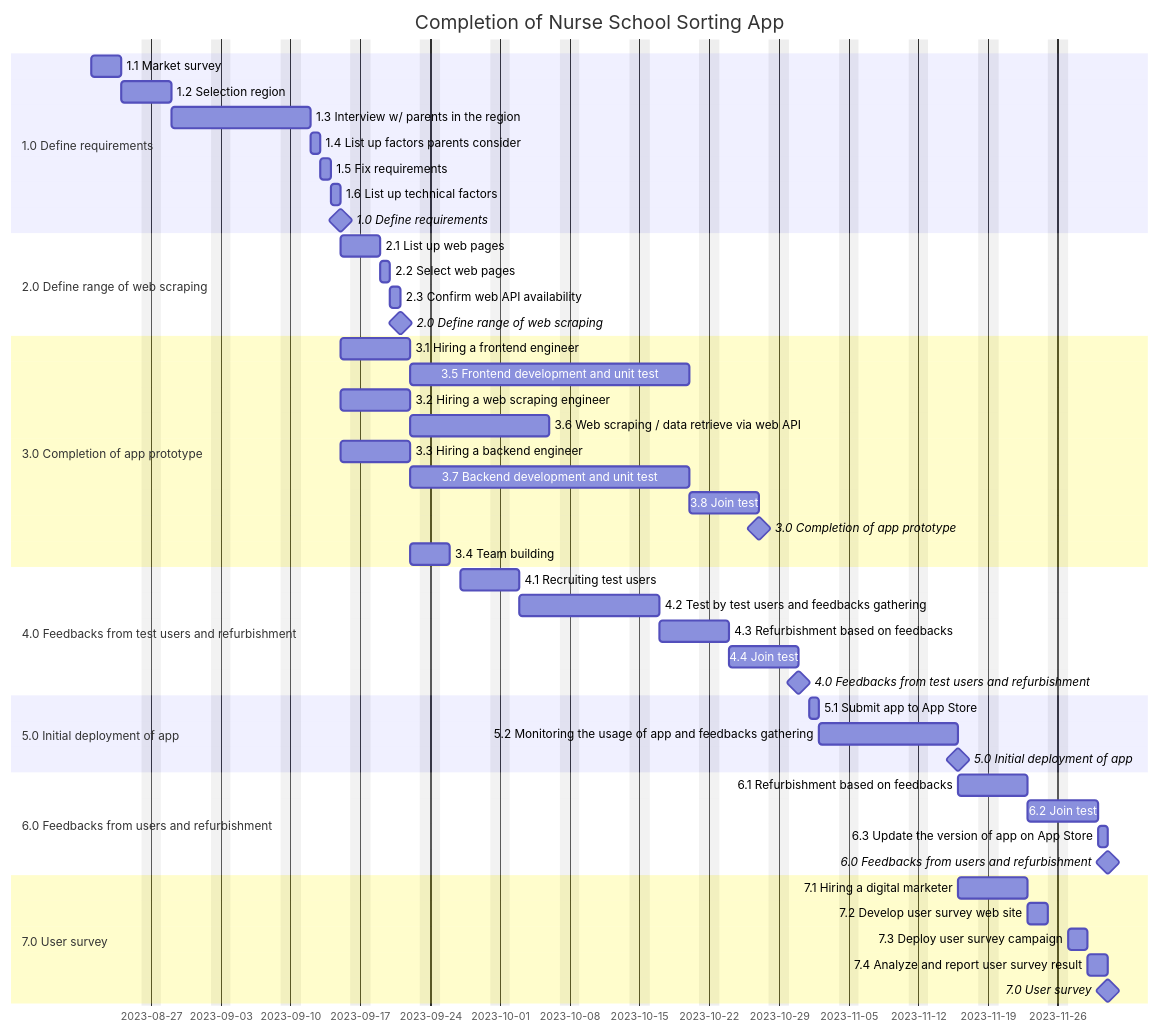
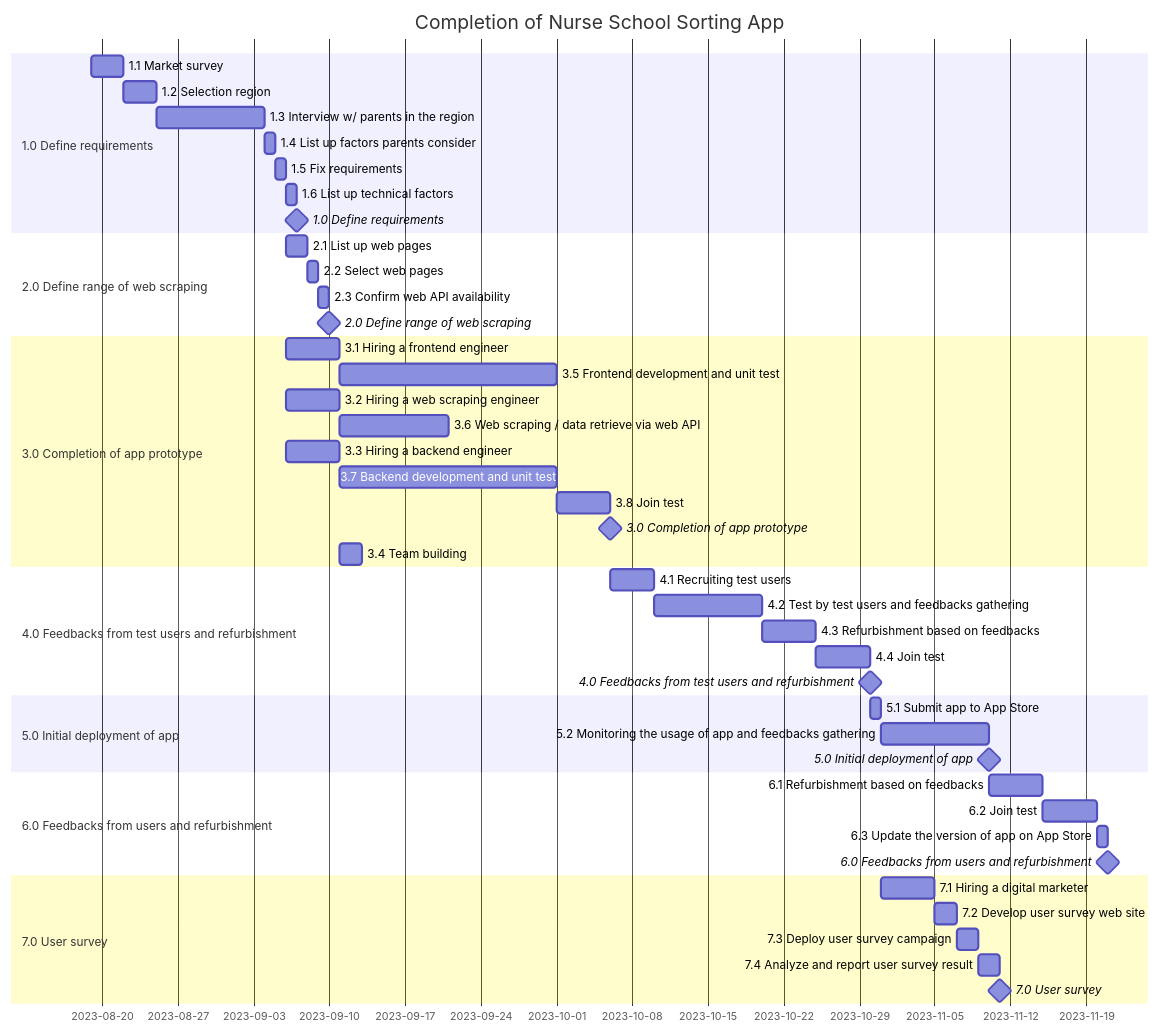
One commit to riow1983/Coursera-PMP changed the third of 4 diagrams in README.md. Above: the diagram before and after it, drawn with Mermaid.

````diff
--- a/README.md
+++ b/README.md
@@ -167,57 +167,56 @@
 ```mermaid
 gantt
   dateFormat  YYYY-MM-DD
   title       Completion of Nurse School Sorting App
-  excludes    weekends
 
   section 1.0 Define requirements
-  1.1 Market survey        :2023-08-21, 3d
+  1.1 Market survey        :2023-08-19, 3d
   1.2 Selection region :3d
   1.3 Interview w/ parents in the region  :10d
   1.4 List up factors parents consider: 1d
   1.5 Fix requirements: 1d
   1.6 List up technical factors: 0.5d
   1.0 Define requirements     :milestone, 0d
 
   section 2.0 Define range of web scraping
-  2.1 List up web pages      :2023-09-15, 2d
+  2.1 List up web pages      :2023-09-06, 2d
   2.2 Select web pages      :1d
   2.3 Confirm web API availability     :1d
   2.0 Define range of web scraping: milestone, 0d
 
   section 3.0 Completion of app prototype
-  3.1 Hiring a frontend engineer: 2023-09-15, 5d
+  3.1 Hiring a frontend engineer: 2023-09-06, 5d
   3.5 Frontend development and unit test: 20d
-  3.2 Hiring a web scraping engineer: 2023-09-15, 5d
+  3.2 Hiring a web scraping engineer: 2023-09-06, 5d
   3.6 Web scraping / data retrieve via web API: 10d
-  3.3 Hiring a backend engineer: a, 2023-09-15, 5d
+  3.3 Hiring a backend engineer: a, 2023-09-06, 5d
   3.7 Backend development and unit test: 20d
   3.8 Join test: 5d
   3.0 Completion of app prototype: milestone, 0d
   3.4 Team building: after a, 2d
   
   section 4.0 Feedbacks from test users and refurbishment
-  4.1 Recruiting test users: 2023-09-27, 4d
+  4.1 Recruiting test users: 2023-10-06, 4d
   4.2 Test by test users and feedbacks gathering: 10d
   4.3 Refurbishment based on feedbacks: 5d
   4.4 Join test: 5d
   4.0 Feedbacks from test users and refurbishment: milestone, 0d
   
   section 5.0 Initial deployment of app
-  5.1 Submit app to App Store: 2023-11-01, 0.5d
+  5.1 Submit app to App Store: 2023-10-30, 0.5d
   5.2 Monitoring the usage of app and feedbacks gathering: 10d
   5.0 Initial deployment of app: milestone, 0d
 
   section 6.0 Feedbacks from users and refurbishment
-  6.1 Refurbishment based on feedbacks: 2023-11-16, 5d
+  6.1 Refurbishment based on feedbacks: 2023-11-10, 5d
   6.2 Join test: 5d
   6.3 Update the version of app on App Store: 0.5d
   6.0 Feedbacks from users and refurbishment: milestone, 0d
 
   section 7.0 User survey
-  7.1 Hiring a digital marketer: 2023-11-16, 5d
+  7.1 Hiring a digital marketer: 2023-10-31, 5d
   7.2 Develop user survey web site: 2d
   7.3 Deploy user survey campaign: 2d
   7.4 Analyze and report user survey result: 2d
   7.0 User survey: milestone, 0d
 ```
````
